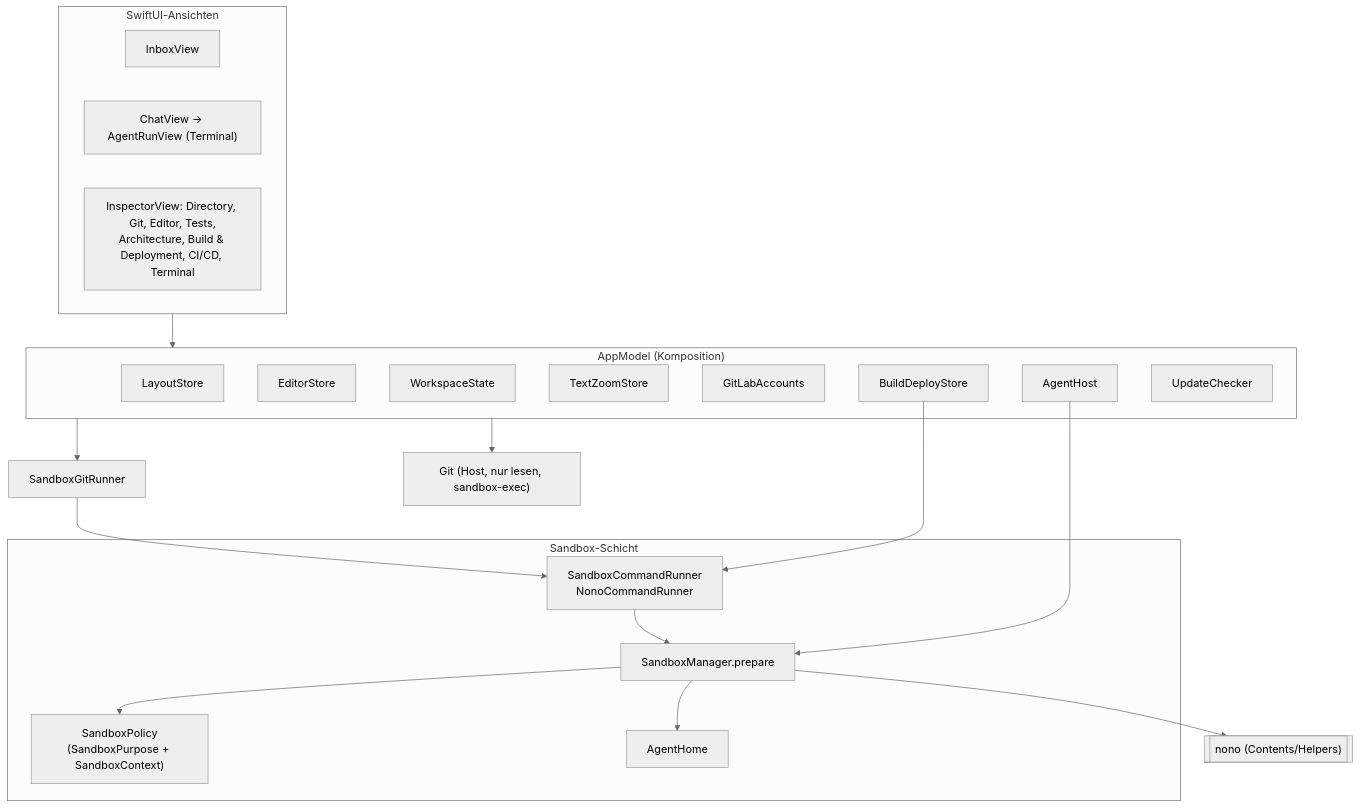
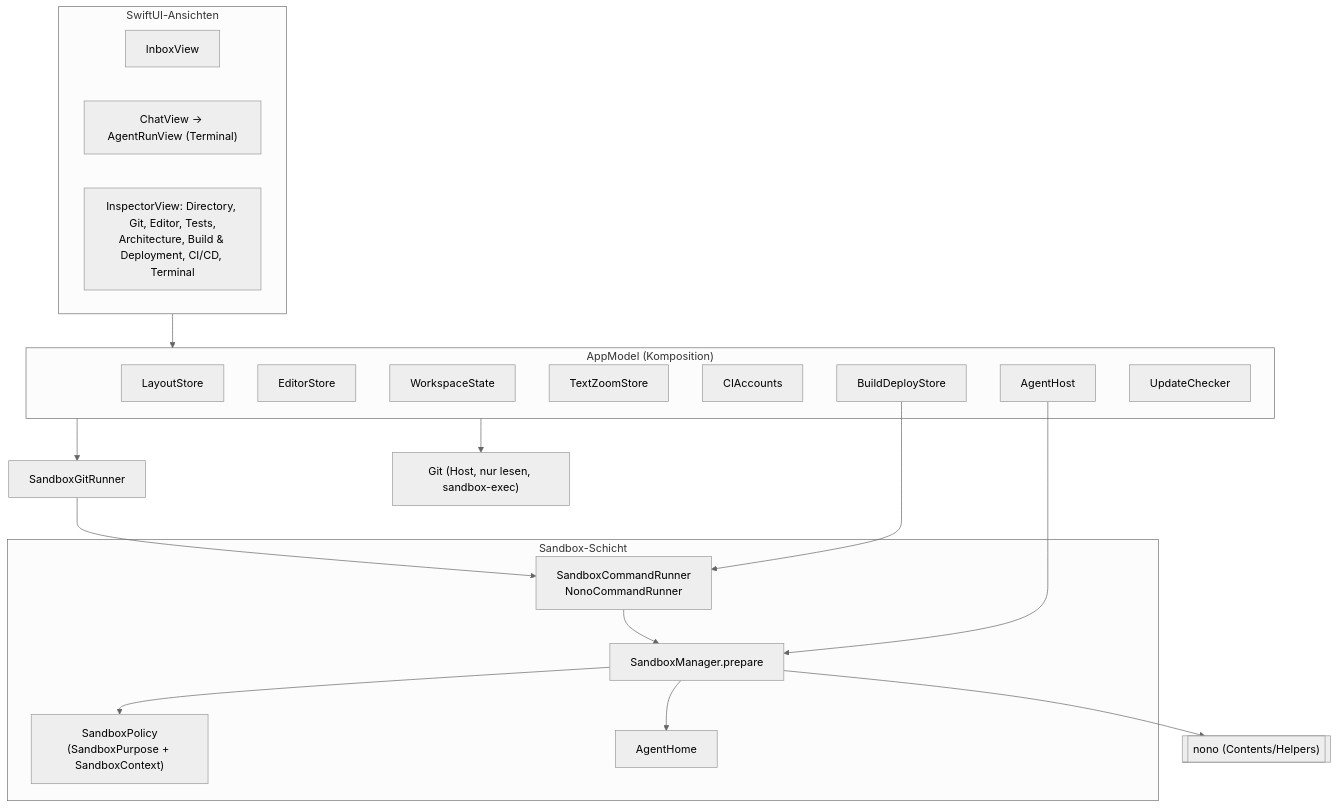
One commit to pvanissem/hearth-ide changed the diagram in docs/architecture.md. Above: the diagram before and after it, drawn with Mermaid (neutral theme). The commit also changed other lines of this file and 12 other files, not shown here.

First line of the commit message:
CI/CD: GitHub Actions neben GitLab

````diff
--- a/docs/architecture.md
+++ b/docs/architecture.md
@@ -9,35 +9,35 @@
 ```mermaid
 flowchart TB
   subgraph UI["SwiftUI-Ansichten"]
     Inbox["InboxView"]
     Chat["ChatView → AgentRunView (Terminal)"]
     Insp["InspectorView: Directory, Git, Editor, Tests,<br/>Architecture, Build & Deployment, CI/CD, Terminal"]
   end
   subgraph Model["AppModel (Komposition)"]
     Layout["LayoutStore"]
     Editor["EditorStore"]
     WS["WorkspaceState"]
     Zoom["TextZoomStore"]
-    GL["GitLabAccounts"]
+    GL["CIAccounts"]
     Agents["AgentHost"]
     Builds["BuildDeployStore"]
     Updates["UpdateChecker"]
   end
   subgraph Sandbox["Sandbox-Schicht"]
     Policy["SandboxPolicy<br/>(SandboxPurpose + SandboxContext)"]
     Home["AgentHome"]
     Manager["SandboxManager.prepare"]
     Runner["SandboxCommandRunner<br/>NonoCommandRunner"]
   end
   nono[["nono (Contents/Helpers)"]]
   UI --> Model
   Agents --> Manager
   Builds --> Runner
   GitRunner["SandboxGitRunner"] --> Runner
   Model --> GitRunner
   Runner --> Manager
   Manager --> Policy & Home
   Manager --> nono
   HostGit["Git (Host, nur lesen, sandbox-exec)"]
   Model --> HostGit
 ```
````
